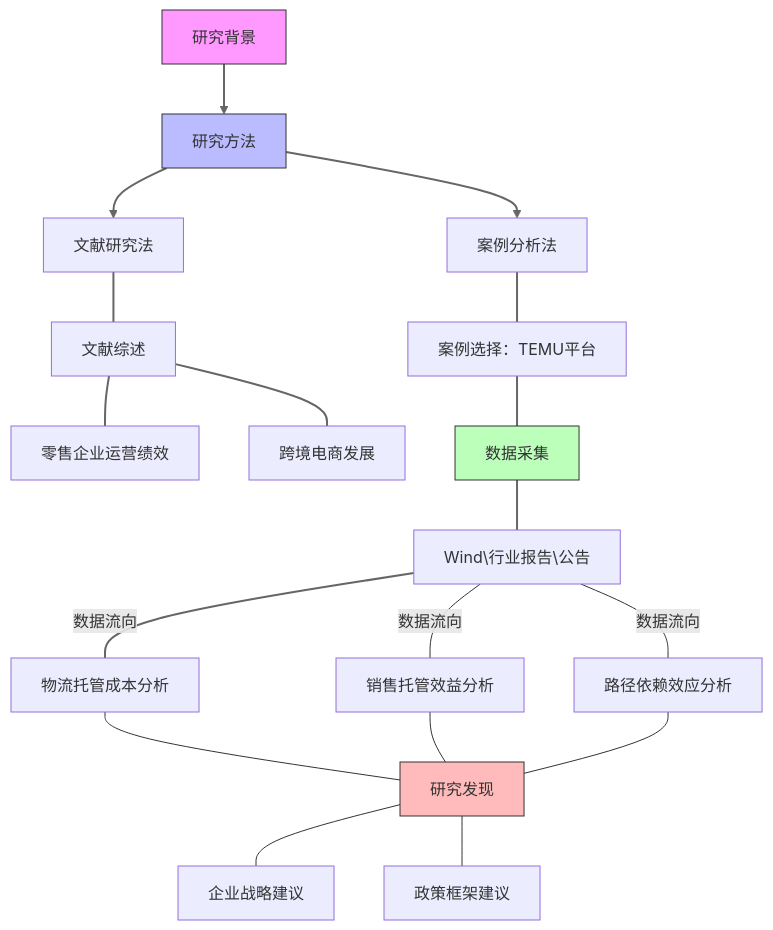
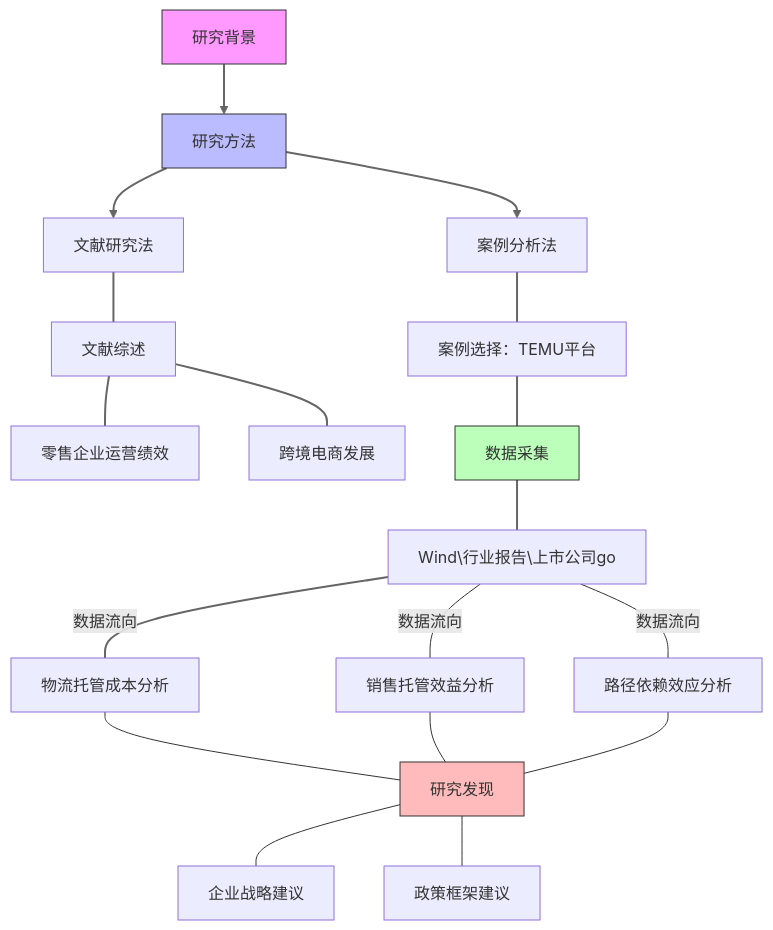
The diagram in all/未命名.md (Zora0203/iodraw-files), drawn with Mermaid before and after one commit.

Commit message:
2025-03-02 19:34:21 update

````diff
--- a/all/未命名.md
+++ b/all/未命名.md
@@ -1,29 +1,29 @@
 ```mermaid
 graph TD
     A[研究背景] --> B[研究方法]
     B --> B1[文献研究法]
     B --> B2[案例分析法]
 
     B1 --- C[文献综述]
     C --- C1[零售企业运营绩效]
     C --- C2[跨境电商发展]
 
     B2 --- D[案例选择：TEMU平台]
     D --- D1[数据采集]
-    D1 --- D11[Wind\行业报告\公告]
+    D1 --- D11[Wind\行业报告\上市公司go]
 
     D11---|数据流向| E1[物流托管成本分析]
     D11---|数据流向| E2[销售托管效益分析]
     D11---|数据流向| E3[路径依赖效应分析]
 
     E1 & E2 & E3 --- I[研究发现]
     I --- J[企业战略建议]
     I --- K[政策框架建议]
 
     style A fill:#f9f,stroke:#333
     style B fill:#bbf,stroke:#333
     style D1 fill:#bfb,stroke:#333
     style I fill:#fbb,stroke:#333
 
     linkStyle 0,1,2,3,4,5,6,7,8,9 stroke:#666,stroke-width:2px
 ```
````
